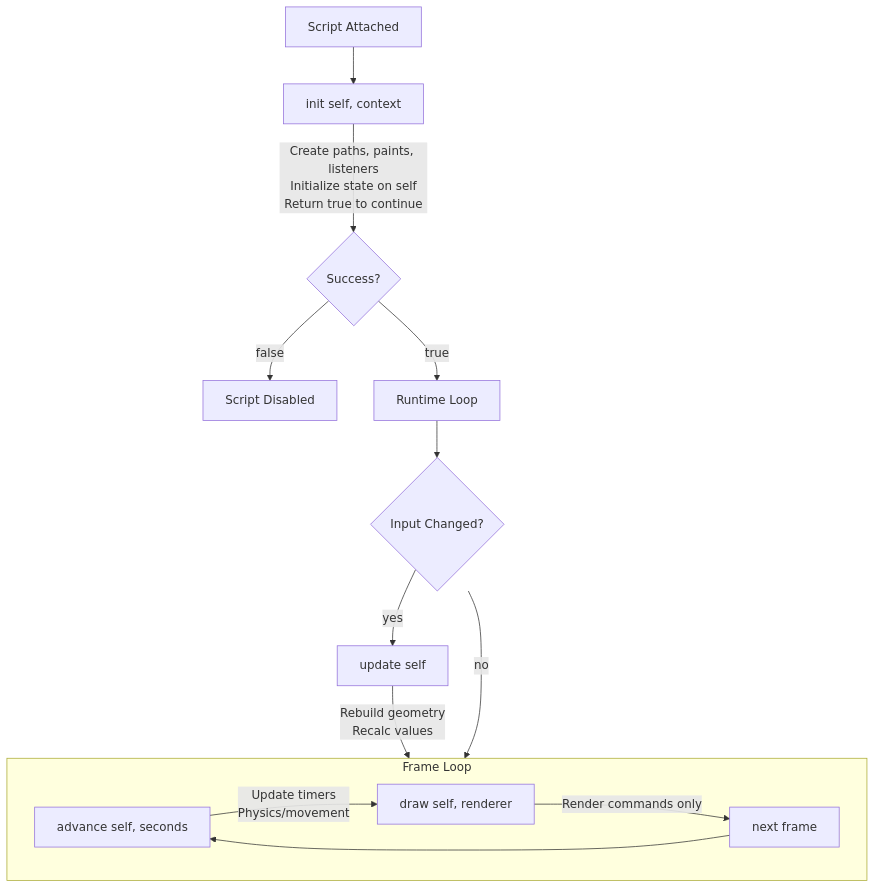
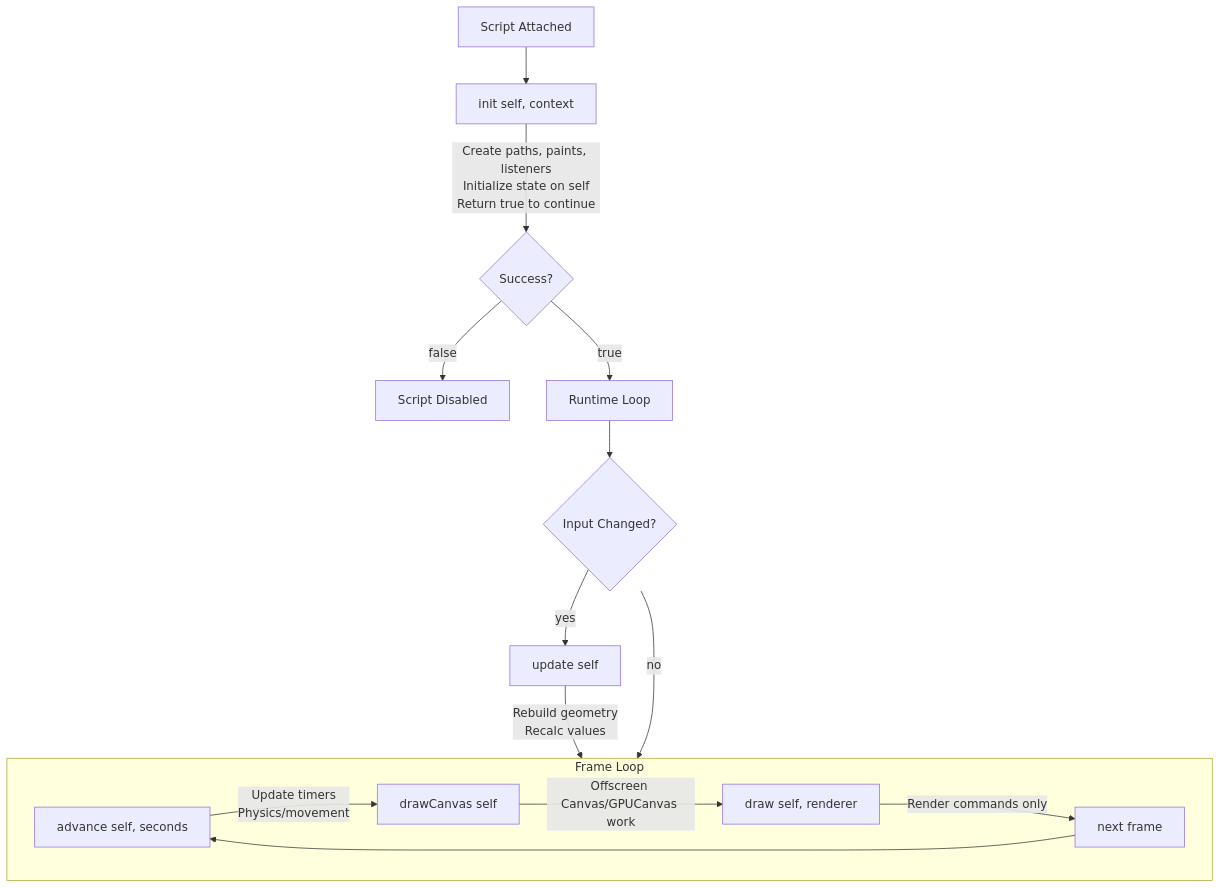
Before and after one commit to ivg-design/lerp: the diagram in docs/rive/protocols/node-lifecycle.mdx, drawn with Mermaid. The commit also changed other lines of this file and 56 other files, not shown here.

````diff
--- a/docs/rive/protocols/node-lifecycle.mdx
+++ b/docs/rive/protocols/node-lifecycle.mdx
@@ -147,18 +153,19 @@
 ```mermaid
 flowchart TD
     A[Script Attached] --> B[init self, context]
     B --> |Create paths, paints, listeners<br/>Initialize state on self<br/>Return true to continue| C{Success?}
     C -->|false| D[Script Disabled]
     C -->|true| E[Runtime Loop]
 
     E --> F{Input Changed?}
     F -->|yes| G[update self]
     G --> |Rebuild geometry<br/>Recalc values| H
     F -->|no| H
 
     subgraph H[Frame Loop]
-        I[advance self, seconds] --> |Update timers<br/>Physics/movement| J[draw self, renderer]
-        J --> |Render commands only| K[next frame]
-        K --> I
+        I[advance self, seconds] --> |Update timers<br/>Physics/movement| J[drawCanvas self]
+        J --> |Offscreen Canvas/GPUCanvas work| K[draw self, renderer]
+        K --> |Render commands only| L[next frame]
+        L --> I
     end
 ```
````
